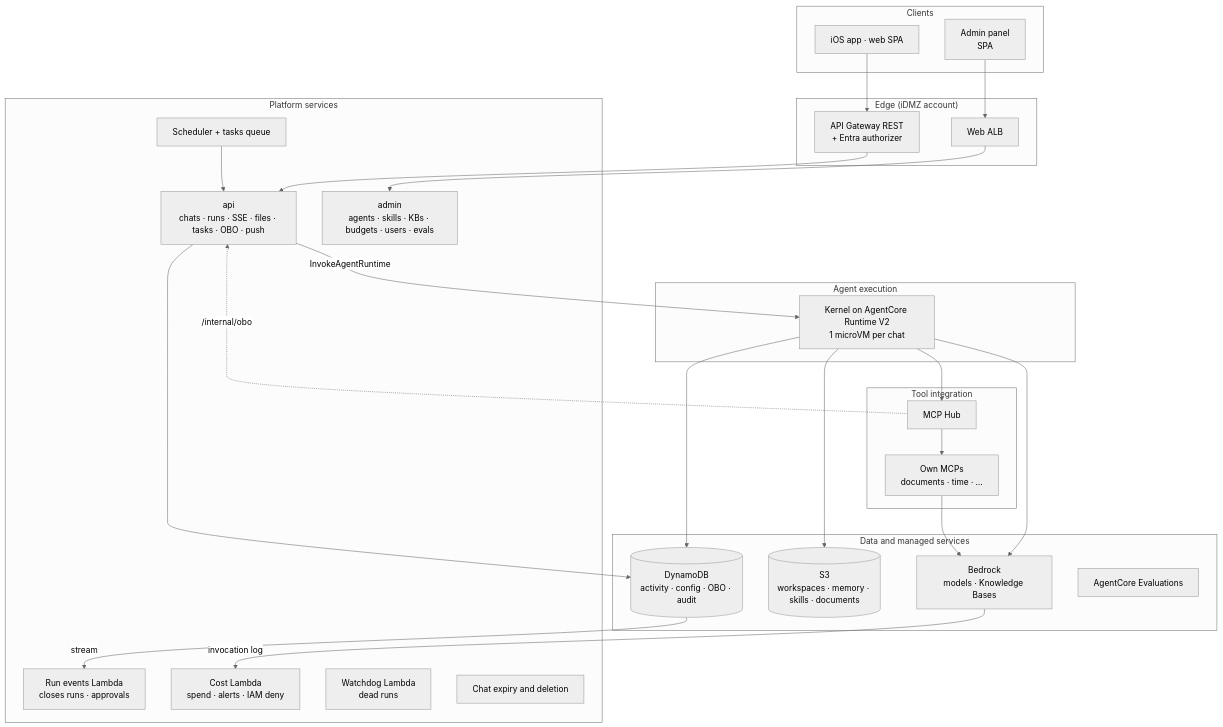
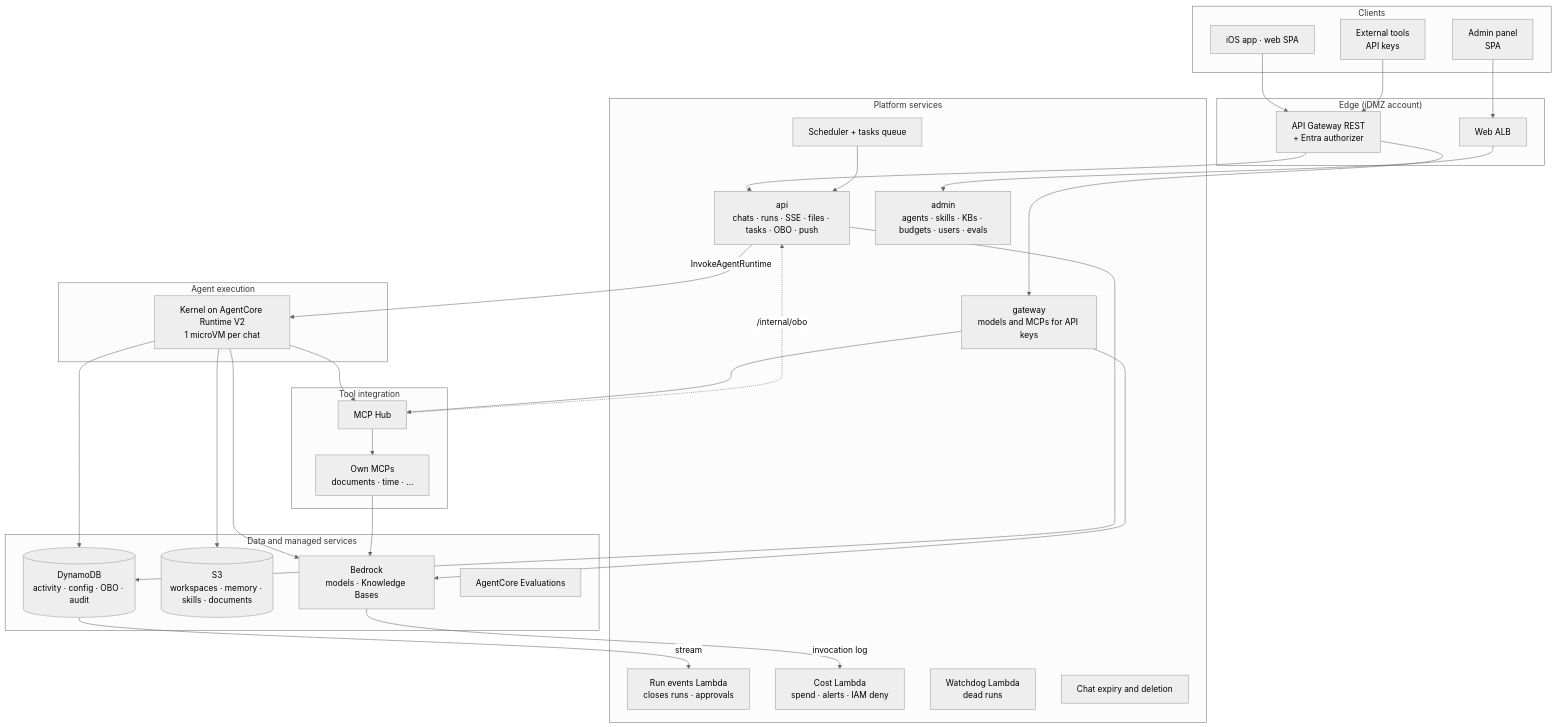
One commit to ikermendi/sample-agent-platform-with-agentcore changed the second of 8 diagrams in docs/hld-arquitectura-agentes.md. Above: the diagram before and after it, drawn with Mermaid (neutral theme). The commit also changed other lines of this file and 1 other file, not shown here.

First line of the commit message:
docs: API keys por usuario para que plataformas externas usen modelos y MCPs sin agente

````diff
--- a/docs/hld-arquitectura-agentes.md
+++ b/docs/hld-arquitectura-agentes.md
@@ -149,52 +149,57 @@
 ```mermaid
 flowchart TB
   subgraph Clients
     APP["iOS app · web SPA"]
     PANEL["Admin panel<br/>SPA"]
+    EXT["External tools<br/>API keys"]
   end
 
   subgraph Edge["Edge (iDMZ account)"]
     GW["API Gateway REST<br/>+ Entra authorizer"]
     ALB["Web ALB"]
   end
 
   subgraph Services["Platform services"]
     API["api<br/>chats · runs · SSE · files · tasks · OBO · push"]
     ADMIN["admin<br/>agents · skills · KBs · budgets · users · evals"]
+    GATE["gateway<br/>models and MCPs for API keys"]
     EV["Run events Lambda<br/>closes runs · approvals"]
     COST["Cost Lambda<br/>spend · alerts · IAM deny"]
     WD["Watchdog Lambda<br/>dead runs"]
     DEL["Chat expiry and deletion"]
     SCH["Scheduler + tasks queue"]
   end
 
   subgraph Agents["Agent execution"]
     K["Kernel on AgentCore Runtime V2<br/>1 microVM per chat"]
   end
 
   subgraph Integrations["Tool integration"]
     HUB["MCP Hub"]
     MCP["Own MCPs<br/>documents · time · …"]
   end
 
   subgraph Data["Data and managed services"]
     DDB[("DynamoDB<br/>activity · config · OBO · audit")]
     S3[("S3<br/>workspaces · memory · skills · documents")]
     BR["Bedrock<br/>models · Knowledge Bases"]
     EVAL["AgentCore Evaluations"]
   end
 
   APP --> GW --> API
   PANEL --> ALB --> ADMIN
+  EXT --> GW --> GATE
+  GATE --> BR
+  GATE --> HUB
   API -- "InvokeAgentRuntime" --> K
   SCH --> API
   K --> BR
   K --> HUB --> MCP
   HUB -. "/internal/obo" .-> API
   K --> DDB
   K --> S3
   API --> DDB
   DDB -- "stream" --> EV
   BR -- "invocation log" --> COST
   MCP --> BR
 ```
````
